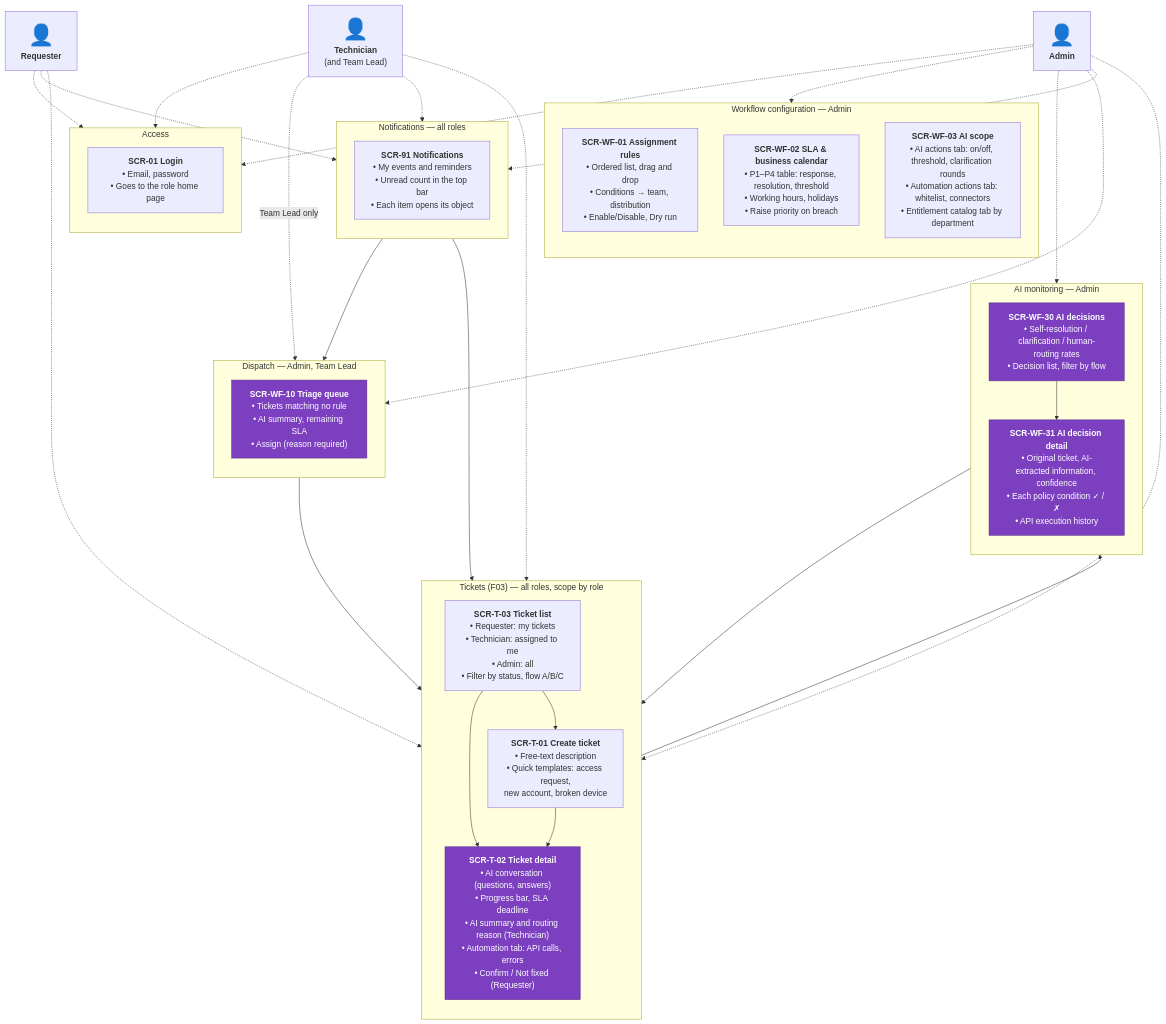
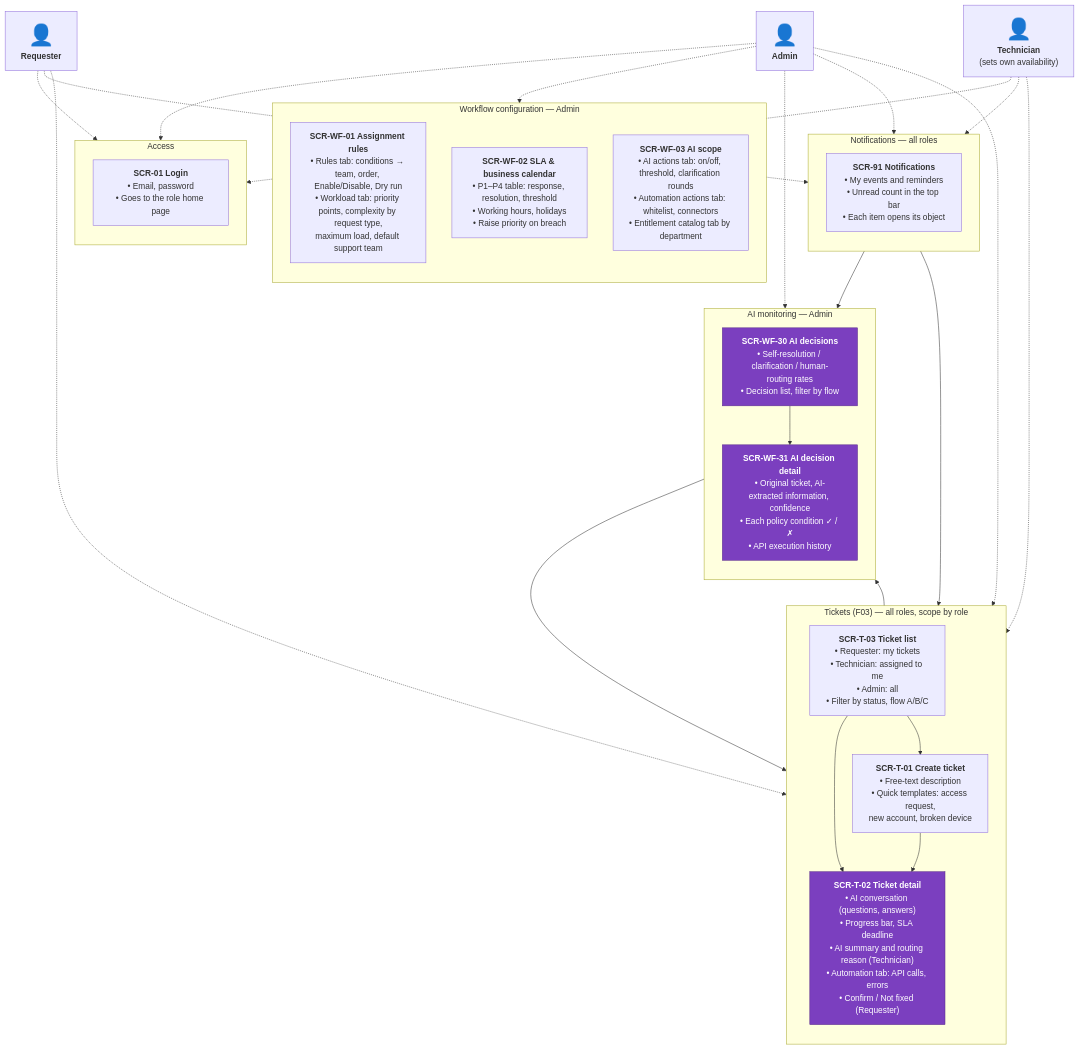
One commit to Akaza-ban/Fable changed the diagram in docs/f05-workflow-automation/information-architecture/01-sitemap.md. Above: the diagram before and after it, drawn with Mermaid. The commit also changed other lines of this file and 14 other files, not shown here.

Commit message:
docs(F05): remove Team Lead, assign by availability and workload score

````diff
--- a/docs/f05-workflow-automation/information-architecture/01-sitemap.md
+++ b/docs/f05-workflow-automation/information-architecture/01-sitemap.md
@@ -17,68 +17,60 @@
 ```mermaid
 flowchart TB
     req["<span style='font-size:40px'>👤</span><br/><b>Requester</b>"]
-    tech["<span style='font-size:40px'>👤</span><br/><b>Technician</b><br/>(and Team Lead)"]
+    tech["<span style='font-size:40px'>👤</span><br/><b>Technician</b><br/>(sets own availability)"]
     admin["<span style='font-size:40px'>👤</span><br/><b>Admin</b>"]
 
     subgraph access["Access"]
         direction TB
         scr01["<b>SCR-01 Login</b><br/>• Email, password<br/>• Goes to the role home page"]
     end
 
     subgraph tickets["Tickets (F03) — all roles, scope by role"]
         direction TB
         t03["<b>SCR-T-03 Ticket list</b><br/>• Requester: my tickets<br/>• Technician: assigned to me<br/>• Admin: all<br/>• Filter by status, flow A/B/C"]
         t01["<b>SCR-T-01 Create ticket</b><br/>• Free-text description<br/>• Quick templates: access request,<br/>new account, broken device"]
         t02["<b>SCR-T-02 Ticket detail</b><br/>• AI conversation (questions, answers)<br/>• Progress bar, SLA deadline<br/>• AI summary and routing reason (Technician)<br/>• Automation tab: API calls, errors<br/>• Confirm / Not fixed (Requester)"]
         t03 --> t01
         t03 --> t02
         t01 --> t02
     end
 
     subgraph notif["Notifications — all roles"]
         direction TB
         scr91["<b>SCR-91 Notifications</b><br/>• My events and reminders<br/>• Unread count in the top bar<br/>• Each item opens its object"]
     end
 
-    subgraph dispatch["Dispatch — Admin, Team Lead"]
-        direction TB
-        wf10["<b>SCR-WF-10 Triage queue</b><br/>• Tickets matching no rule<br/>• AI summary, remaining SLA<br/>• Assign (reason required)"]
-    end
-
     subgraph config["Workflow configuration — Admin"]
         direction TB
-        wf01["<b>SCR-WF-01 Assignment rules</b><br/>• Ordered list, drag and drop<br/>• Conditions → team, distribution<br/>• Enable/Disable, Dry run"]
+        wf01["<b>SCR-WF-01 Assignment rules</b><br/>• Rules tab: conditions → team, order, Enable/Disable, Dry run<br/>• Workload tab: priority points, complexity by request type,<br/>maximum load, default support team"]
         wf02["<b>SCR-WF-02 SLA & business calendar</b><br/>• P1–P4 table: response, resolution, threshold<br/>• Working hours, holidays<br/>• Raise priority on breach"]
         wf03["<b>SCR-WF-03 AI scope</b><br/>• AI actions tab: on/off, threshold, clarification rounds<br/>• Automation actions tab: whitelist, connectors<br/>• Entitlement catalog tab by department"]
     end
 
     subgraph monitor["AI monitoring — Admin"]
         direction TB
         wf30["<b>SCR-WF-30 AI decisions</b><br/>• Self-resolution / clarification / human-routing rates<br/>• Decision list, filter by flow"]
         wf31["<b>SCR-WF-31 AI decision detail</b><br/>• Original ticket, AI-extracted information, confidence<br/>• Each policy condition ✓ / ✗<br/>• API execution history"]
         wf30 --> wf31
     end
 
-    wf10 --> t02
     wf31 --> t02
     t02 --> wf31
     scr91 --> t02
-    scr91 --> wf10
+    scr91 --> wf30
 
     req -.-> access
     req -.-> tickets
     req -.-> notif
     tech -.-> access
     tech -.-> tickets
     tech -.-> notif
-    tech -.->|"Team Lead only"| dispatch
     admin -.-> access
     admin -.-> tickets
     admin -.-> notif
-    admin -.-> dispatch
     admin -.-> config
     admin -.-> monitor
 
     classDef ai fill:#7b3fbf,color:#fff,stroke:#5a2d8c
-    class t02,wf30,wf31,wf10 ai
+    class t02,wf30,wf31 ai
 ```
````
